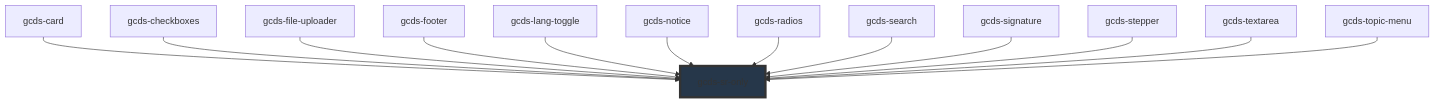
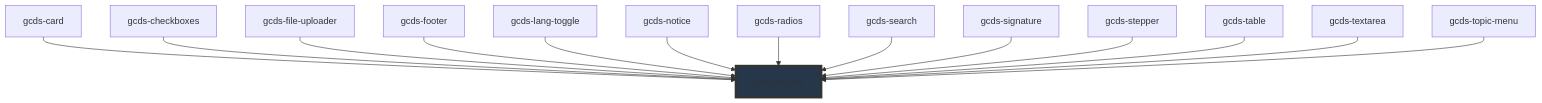
One commit to cds-snc/gcds-components changed the diagram in packages/web/src/components/gcds-sr-only/readme.md. Above: the diagram before and after it, drawn with Mermaid. The commit also changed other lines of this file and 7 other files, not shown here.

````diff
--- a/packages/web/src/components/gcds-sr-only/readme.md
+++ b/packages/web/src/components/gcds-sr-only/readme.md
@@ -44,16 +45,17 @@
 ```mermaid
 graph TD;
   gcds-card --> gcds-sr-only
   gcds-checkboxes --> gcds-sr-only
   gcds-file-uploader --> gcds-sr-only
   gcds-footer --> gcds-sr-only
   gcds-lang-toggle --> gcds-sr-only
   gcds-notice --> gcds-sr-only
   gcds-radios --> gcds-sr-only
   gcds-search --> gcds-sr-only
   gcds-signature --> gcds-sr-only
   gcds-stepper --> gcds-sr-only
+  gcds-table --> gcds-sr-only
   gcds-textarea --> gcds-sr-only
   gcds-topic-menu --> gcds-sr-only
   style gcds-sr-only fill:#26374a,stroke:#333,stroke-width:4px
 ```
````
